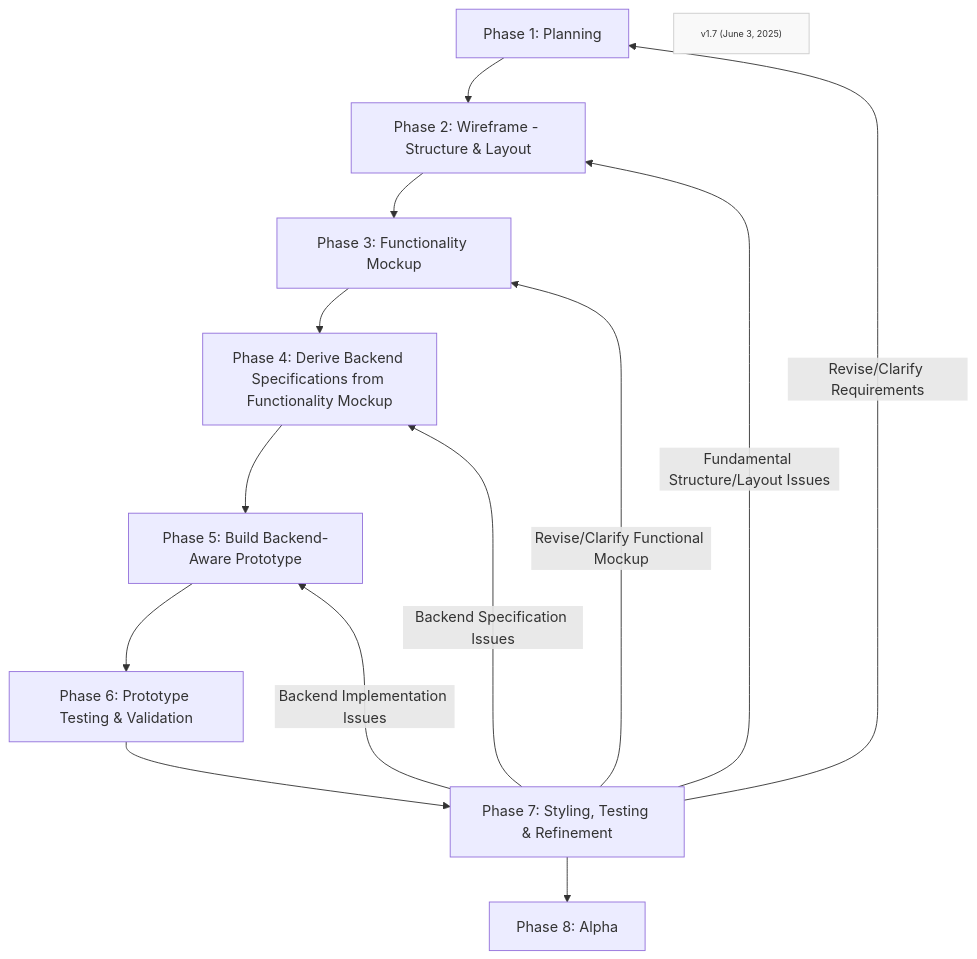
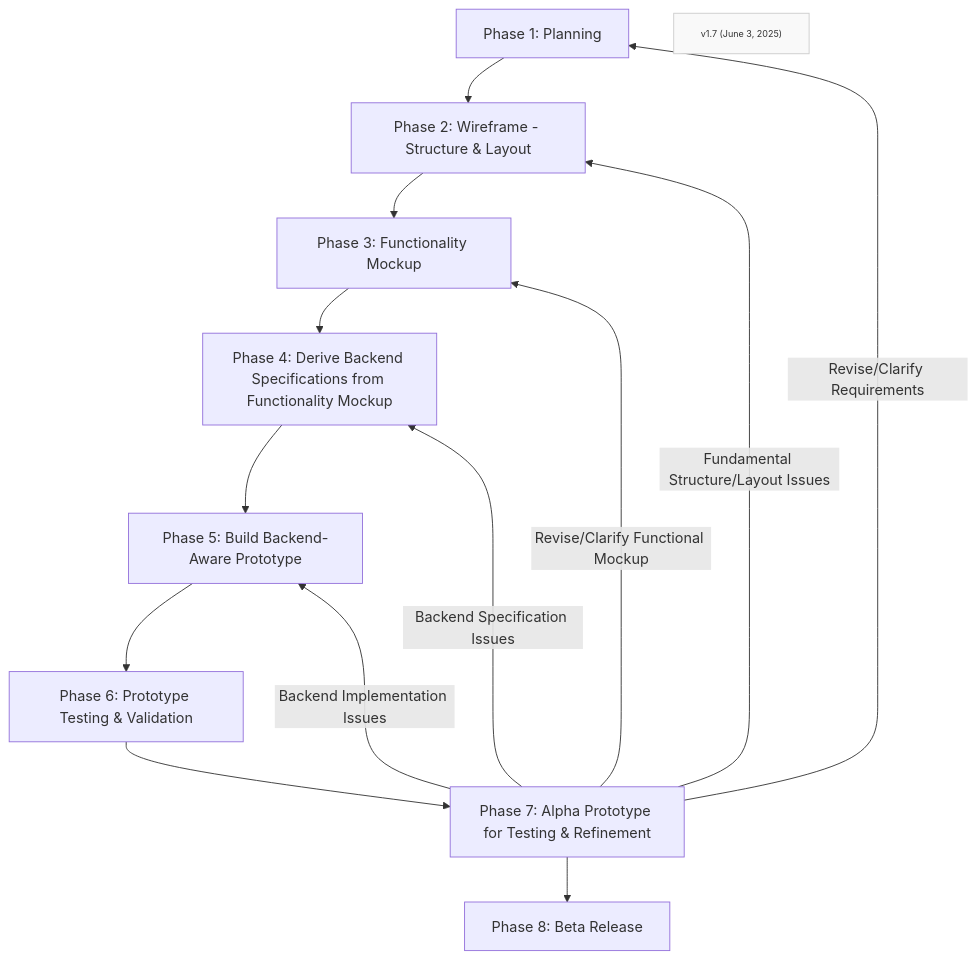
Before and after one commit to Mharbulous/Front-First-Method: the diagram in Phases/FF-overview.md, drawn with Mermaid.

````diff
--- a/Phases/FF-overview.md
+++ b/Phases/FF-overview.md
@@ -1,22 +1,22 @@
 ```mermaid
 graph TD
     Phase1["Phase 1: Planning"] --> Phase2["Phase 2: Wireframe - Structure & Layout"]
     Phase2 --> Phase3["Phase 3: Functionality Mockup"]
     Phase3 --> Phase4["Phase 4: Derive Backend Specifications from Functionality Mockup"]
     Phase4 --> Phase5["Phase 5: Build Backend-Aware Prototype"]
     Phase5 --> Phase6["Phase 6: Prototype Testing & Validation"]
-    Phase6 --> Phase7["Phase 7: Styling, Testing & Refinement"]
-    Phase7 --> Phase8["Phase 8: Alpha"]
+    Phase6 --> Phase7["Phase 7: Alpha Prototype for Testing & Refinement"]
+    Phase7 --> Phase8["Phase 8: Beta Release"]
     
     Phase7 -->|Revise/Clarify Requirements| Phase1
     Phase7 -->|Fundamental Structure/Layout Issues| Phase2
     Phase7 -->|Revise/Clarify Functional Mockup| Phase3
     Phase7 -->|Backend Specification Issues| Phase4
     Phase7 -->|Backend Implementation Issues| Phase5            
     
     
 
     VersionInfo["v1.7 (June 3, 2025)"]
     classDef version fill:#f9f9f9,stroke:#ccc,font-size:10px;
     class VersionInfo version
 ```
````
